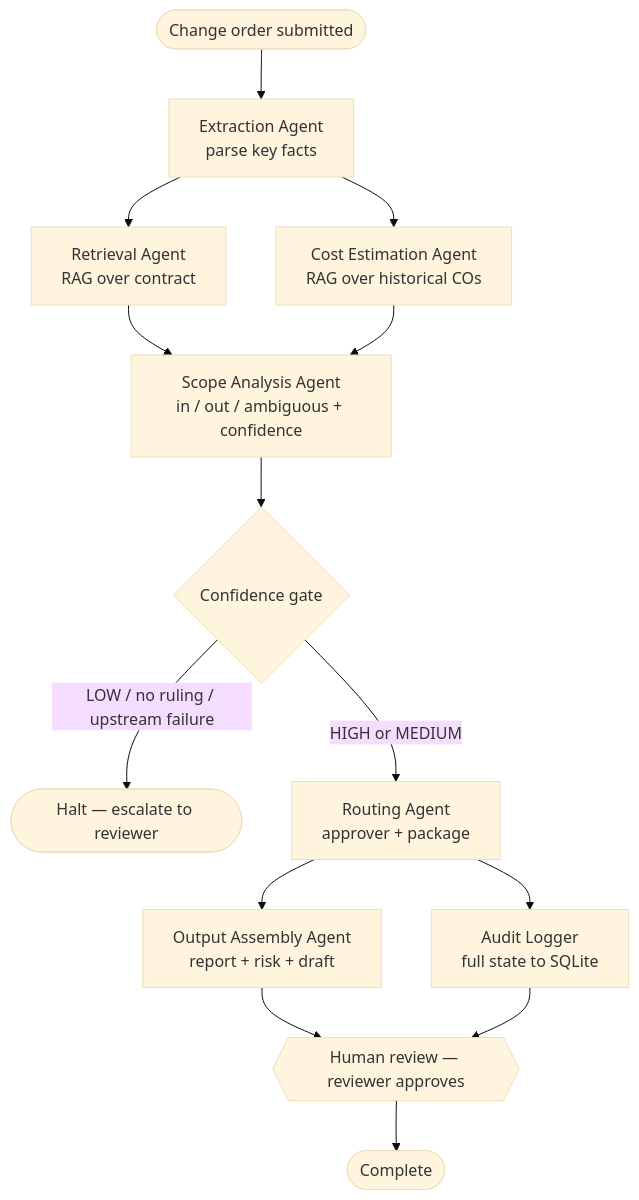
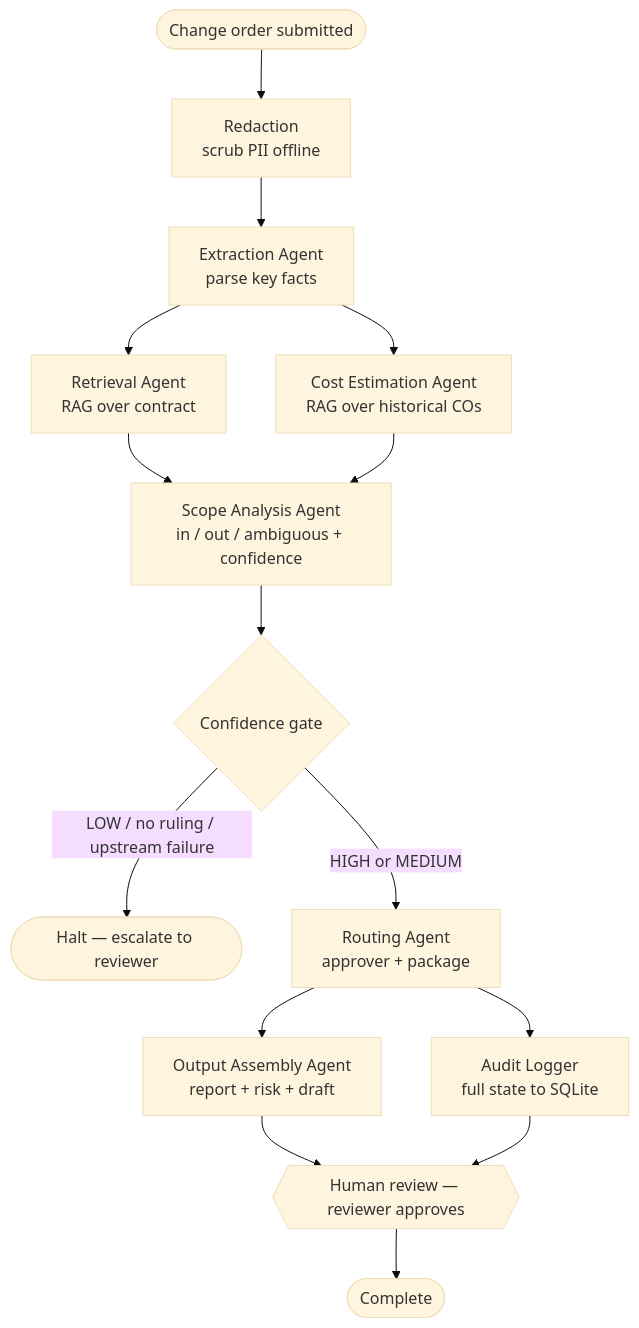
Before and after one commit to bmt3755/change-order-agent: the first of 2 diagrams in README.md, drawn with Mermaid (base theme). The commit also changed other lines of this file, not shown here.

First line of the commit message:
Document PII redaction in README

````diff
--- a/README.md
+++ b/README.md
@@ -25,21 +25,22 @@
 ```mermaid
 flowchart TD
-    A([Change order submitted]) --> EX[Extraction Agent<br/>parse key facts]
+    A([Change order submitted]) --> RED[Redaction<br/>scrub PII offline]
+    RED --> EX[Extraction Agent<br/>parse key facts]
 
     EX --> RET[Retrieval Agent<br/>RAG over contract]
     EX --> COST[Cost Estimation Agent<br/>RAG over historical COs]
 
     RET --> SCOPE[Scope Analysis Agent<br/>in / out / ambiguous + confidence]
     COST --> SCOPE
 
     SCOPE --> GATE{Confidence gate}
     GATE -->|LOW / no ruling / upstream failure| HALT([Halt — escalate to reviewer])
     GATE -->|HIGH or MEDIUM| ROUTE[Routing Agent<br/>approver + package]
 
     ROUTE --> ASM[Output Assembly Agent<br/>report + risk + draft]
     ROUTE --> AUD[Audit Logger<br/>full state to SQLite]
 
     ASM --> HITL{{Human review — reviewer approves}}
     AUD --> HITL
     HITL --> DONE([Complete])
 ```
````
